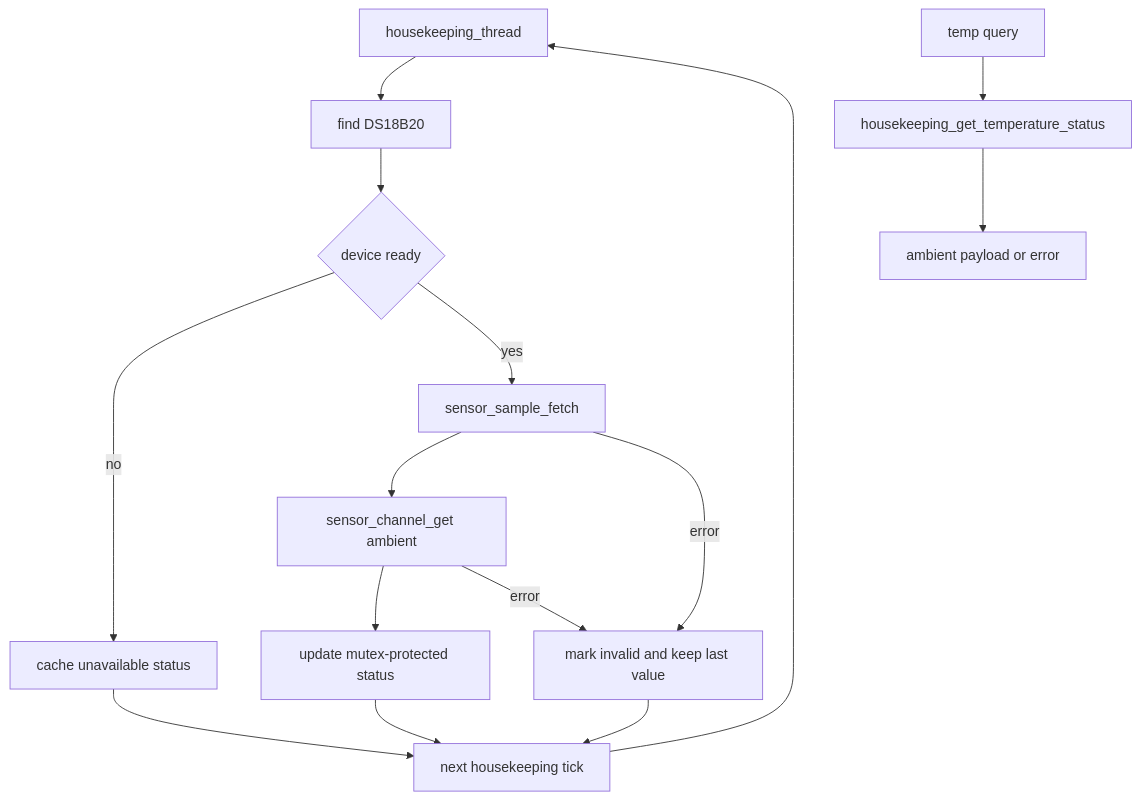
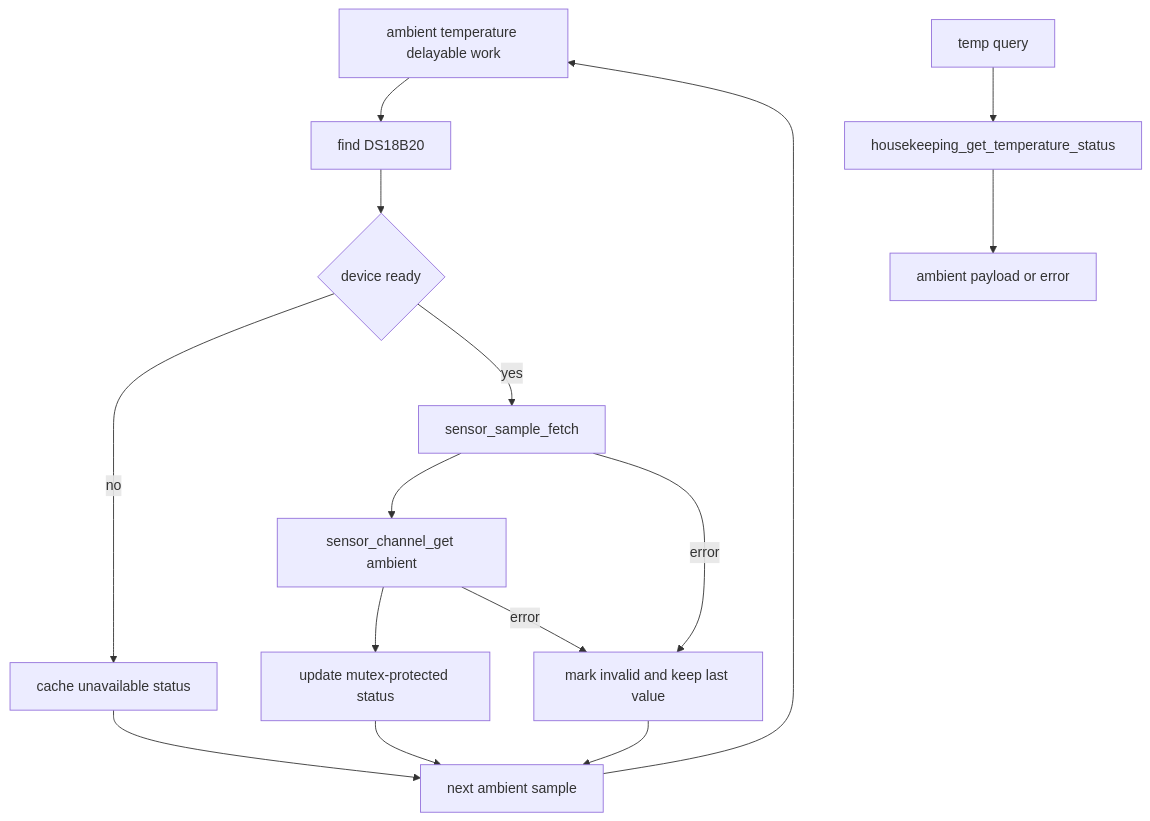
Before and after one commit to COO-Utilities/hispec-tib: diagram 16 of 22 in doc/diagrams.md, drawn with Mermaid. The commit also changed other lines of this file and 9 other files, not shown here.

Commit message:
Use delayable work for housekeeping cadence

````diff
--- a/doc/diagrams.md
+++ b/doc/diagrams.md
@@ -317,17 +317,17 @@
 ```mermaid
 flowchart TD
-  Thread[housekeeping_thread] --> Find[find DS18B20]
+  Work[ambient temperature delayable work] --> Find[find DS18B20]
   Find --> Ready{device ready}
   Ready -- no --> InitErr[cache unavailable status]
-  InitErr --> Wait[next housekeeping tick]
+  InitErr --> Wait[next ambient sample]
   Ready -- yes --> Fetch[sensor_sample_fetch]
   Fetch --> SensorGet[sensor_channel_get ambient]
   SensorGet --> Cache[update mutex-protected status]
   SensorGet -- error --> CacheErr[mark invalid and keep last value]
   Fetch -- error --> CacheErr
   Cache --> Wait
   CacheErr --> Wait
-  Wait --> Thread
+  Wait --> Work
   Command[temp query] --> Read[housekeeping_get_temperature_status]
   Read --> Response[ambient payload or error]
 ```
````
